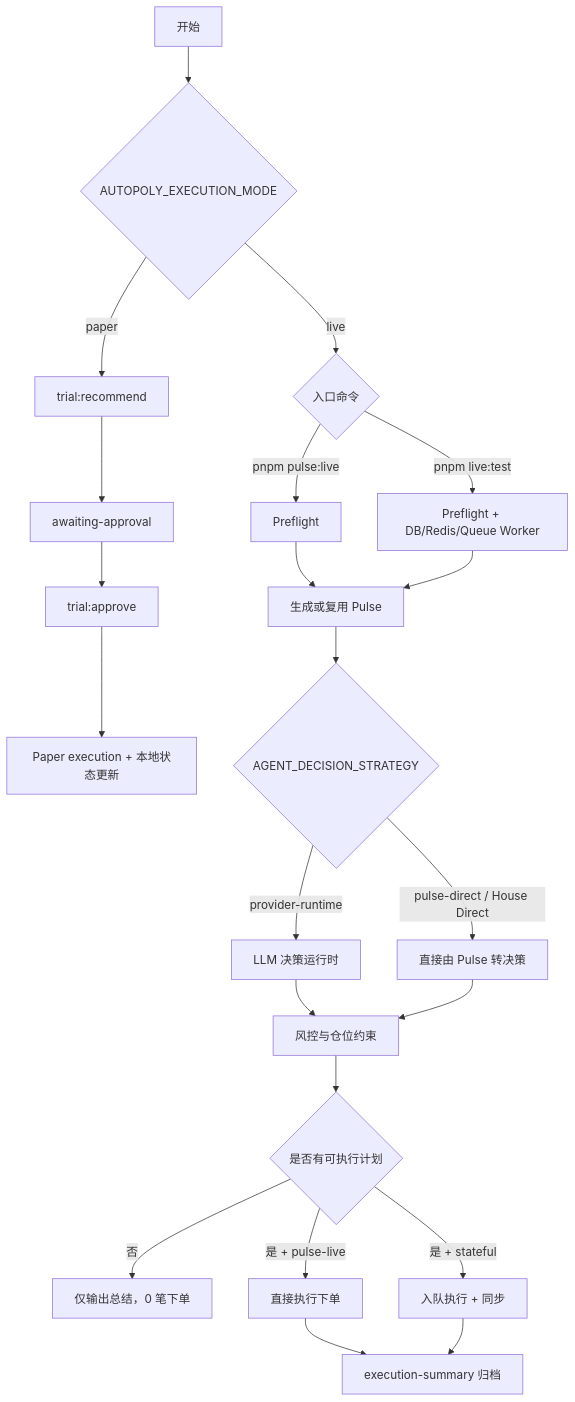
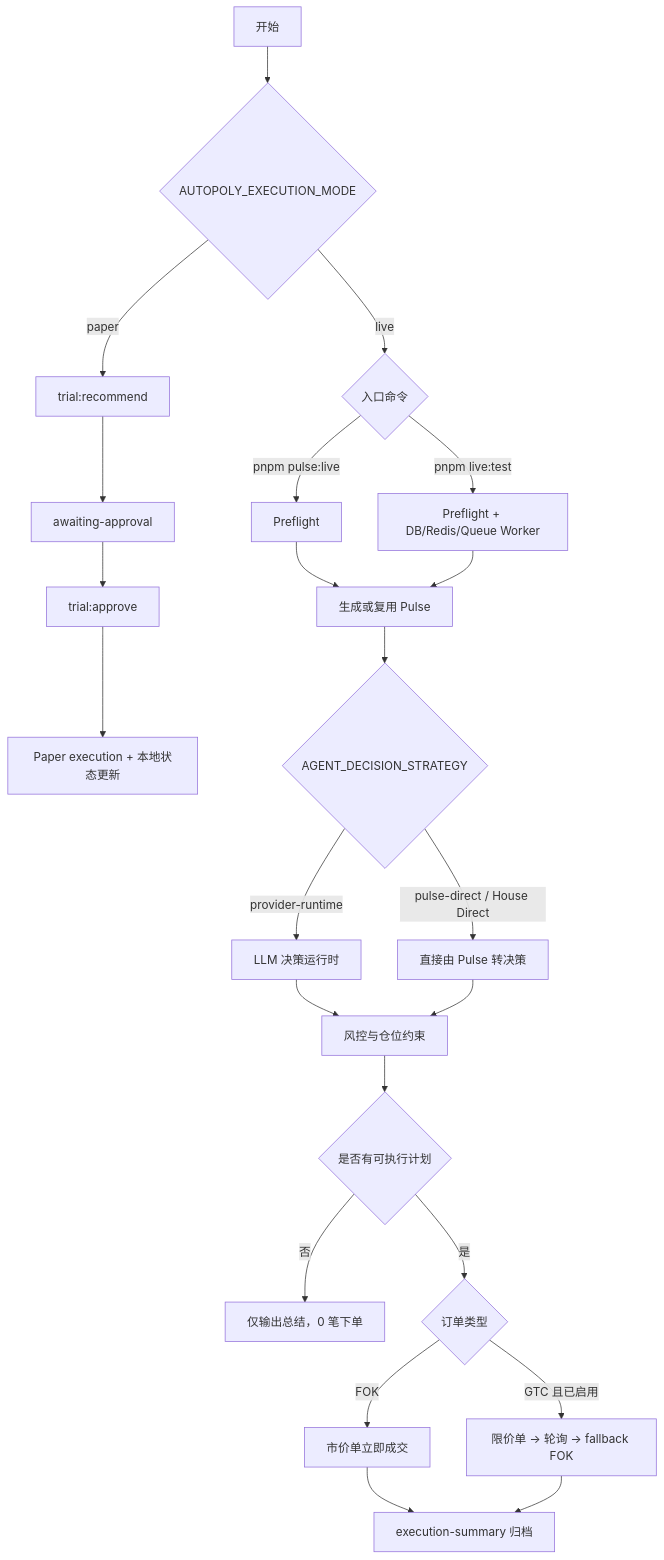
The first of 2 diagrams in Illustration/trading-modes-flowchart.md (Alchemist-X/hourglass), drawn with Mermaid before and after one commit. The commit also changed other lines of this file and 1 other file, not shown here.

Commit message:
docs: update trading modes flowchart with GTC/FOK and pulse-direct stages

````diff
--- a/Illustration/trading-modes-flowchart.md
+++ b/Illustration/trading-modes-flowchart.md
@@ -3,31 +3,31 @@
 ```mermaid
 flowchart TD
   A[开始] --> B{AUTOPOLY_EXECUTION_MODE}
 
   B -->|paper| C[trial:recommend]
   C --> D[awaiting-approval]
   D --> E[trial:approve]
   E --> F[Paper execution + 本地状态更新]
 
   B -->|live| G{入口命令}
   G -->|pnpm pulse:live| H[Preflight]
   G -->|pnpm live:test| I[Preflight + DB/Redis/Queue Worker]
 
   H --> J[生成或复用 Pulse]
   I --> J
 
   J --> K{AGENT_DECISION_STRATEGY}
   K -->|provider-runtime| L[LLM 决策运行时]
   K -->|pulse-direct / House Direct| M[直接由 Pulse 转决策]
 
   L --> N[风控与仓位约束]
   M --> N
 
   N --> O{是否有可执行计划}
   O -->|否| P[仅输出总结，0 笔下单]
-  O -->|是 + pulse-live| Q[直接执行下单]
-  O -->|是 + stateful| R[入队执行 + 同步]
-
-  Q --> S[execution-summary 归档]
-  R --> S
+  O -->|是| Q{订单类型}
+  Q -->|FOK| R[市价单立即成交]
+  Q -->|GTC 且已启用| S[限价单 → 轮询 → fallback FOK]
+  R --> T[execution-summary 归档]
+  S --> T
 ```
````
